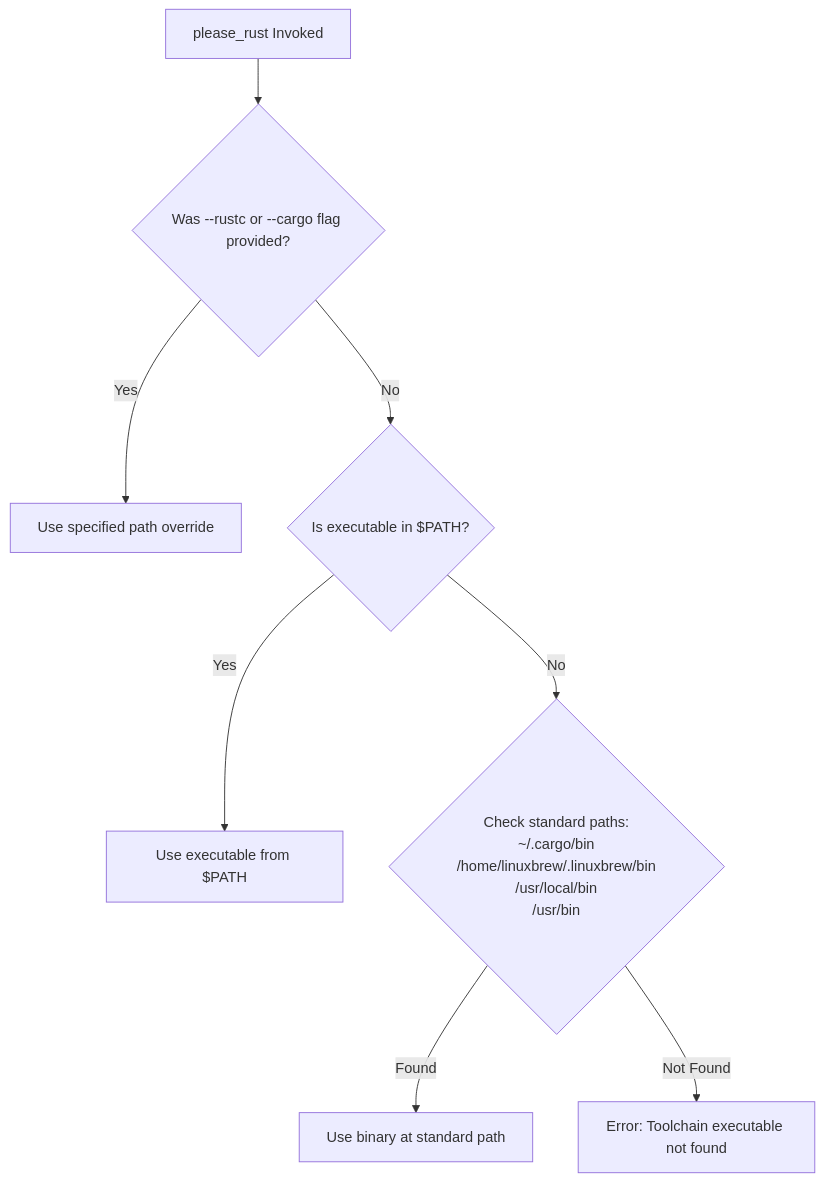
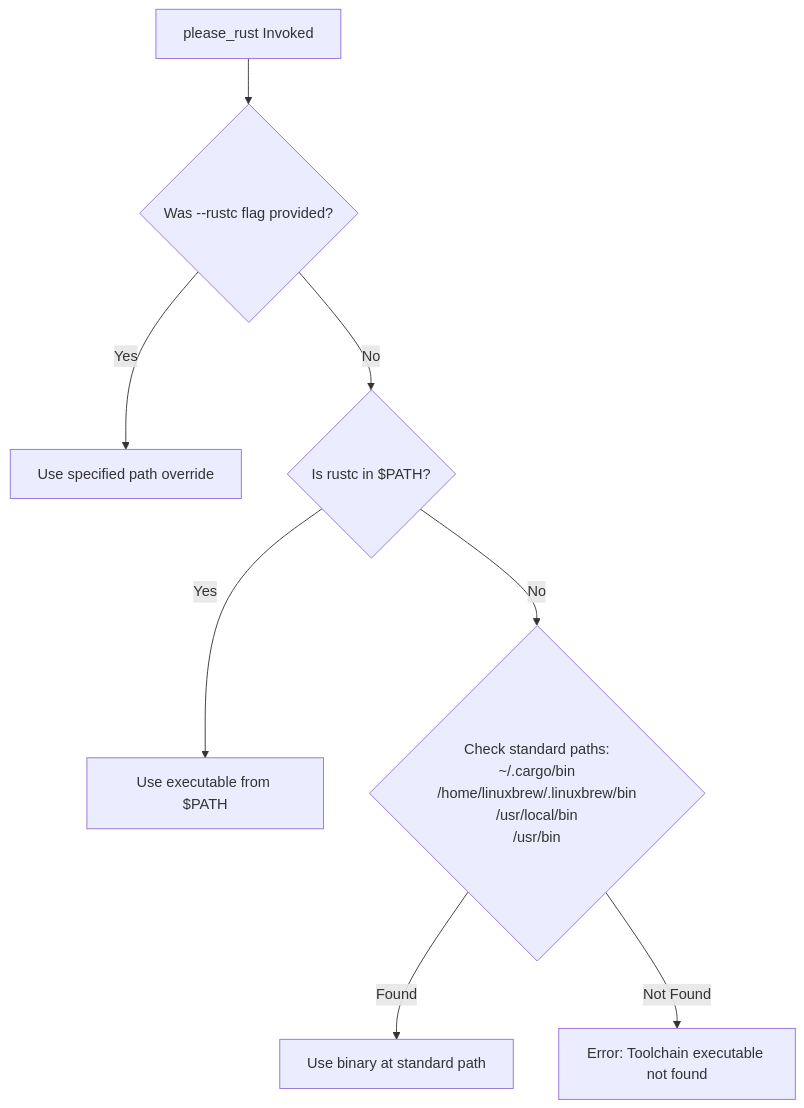
One commit to wcodesoft/please-rules changed the diagram in docs/dependencies.md. Above: the diagram before and after it, drawn with Mermaid. The commit also changed other lines of this file and 7 other files, not shown here.

````diff
--- a/docs/dependencies.md
+++ b/docs/dependencies.md
@@ -31,10 +34,10 @@
 ```mermaid
 flowchart TD
-    START[please_rust Invoked] --> CHECK_FLAG{Was --rustc or --cargo flag provided?}
+    START[please_rust Invoked] --> CHECK_FLAG{Was --rustc flag provided?}
     CHECK_FLAG -- Yes --> USE_FLAG[Use specified path override]
-    CHECK_FLAG -- No --> CHECK_PATH{Is executable in $PATH?}
+    CHECK_FLAG -- No --> CHECK_PATH{Is rustc in $PATH?}
     CHECK_PATH -- Yes --> USE_PATH[Use executable from $PATH]
     CHECK_PATH -- No --> CHECK_STD{Check standard paths:<br/>~/.cargo/bin<br/>/home/linuxbrew/.linuxbrew/bin<br/>/usr/local/bin<br/>/usr/bin}
     CHECK_STD -- Found --> USE_STD[Use binary at standard path]
     CHECK_STD -- Not Found --> FAIL[Error: Toolchain executable not found]
 ```
````
